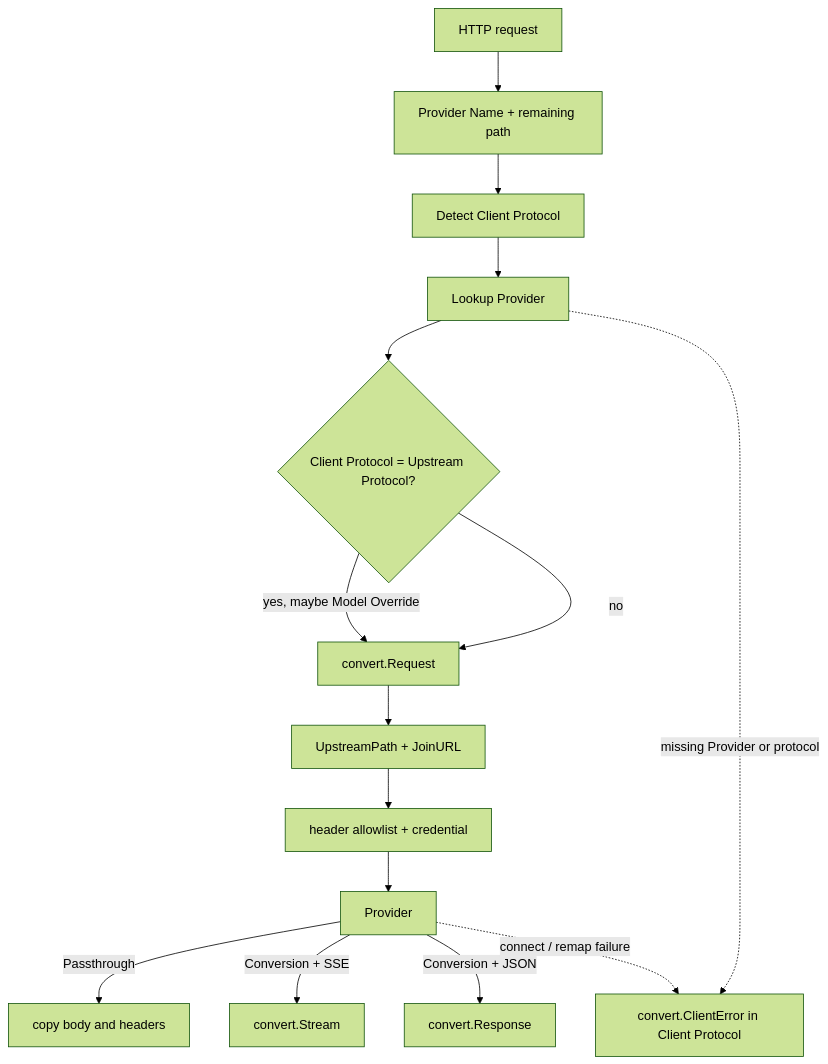
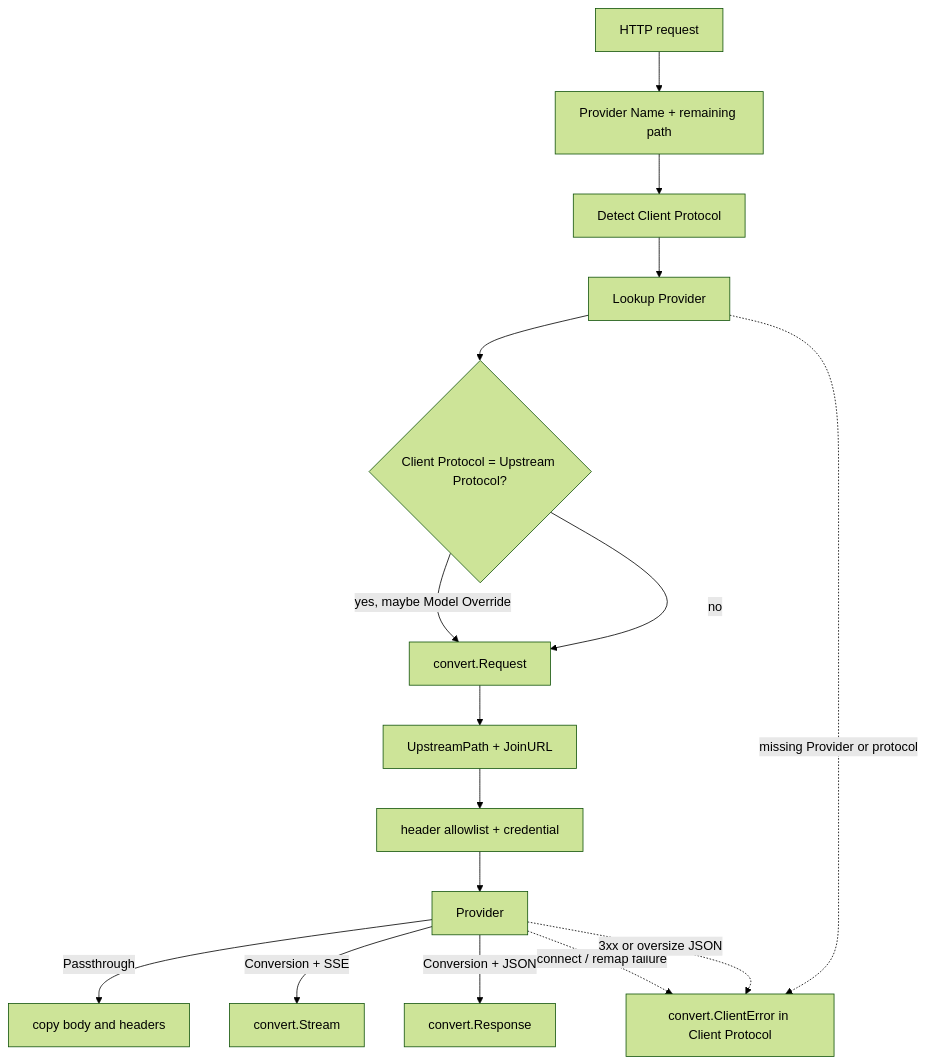
One commit to thomas-huang/caosi changed the second of 6 diagrams in docs/architecture.md. Above: the diagram before and after it, drawn with Mermaid (forest theme). The commit also changed other lines of this file and 5 other files, not shown here.

````diff
--- a/docs/architecture.md
+++ b/docs/architecture.md
@@ -25,27 +25,28 @@
 ```mermaid
 flowchart TD
   REQ["HTTP request"]
   SPLIT["Provider Name + remaining path"]
   DET["Detect Client Protocol"]
   LOOK["Lookup Provider"]
   DEC{"Client Protocol = Upstream Protocol?"}
   REQCV["convert.Request"]
   PATH["UpstreamPath + JoinURL"]
   HDR["header allowlist + credential"]
   UP["Provider"]
   PASS["copy body and headers"]
   STREAM["convert.Stream"]
   RESP["convert.Response"]
   ERR["convert.ClientError in Client Protocol"]
 
   REQ --> SPLIT --> DET --> LOOK
   LOOK --> DEC
   DEC -->|yes, maybe Model Override| REQCV
   DEC -->|no| REQCV
   REQCV --> PATH --> HDR --> UP
   UP -->|Passthrough| PASS
   UP -->|Conversion + SSE| STREAM
   UP -->|Conversion + JSON| RESP
   LOOK -.->|missing Provider or protocol| ERR
   UP -.->|connect / remap failure| ERR
+  UP -.->|3xx or oversize JSON| ERR
 ```
````
